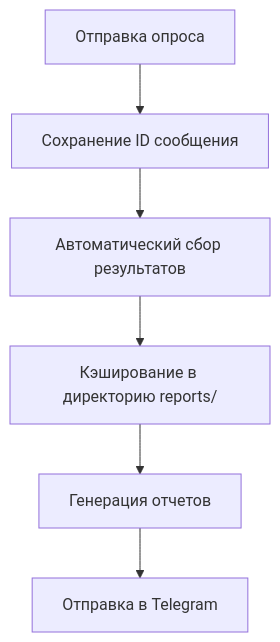
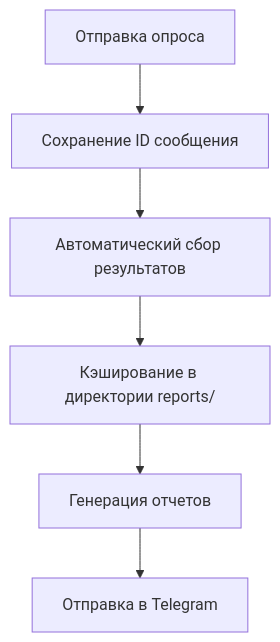
One commit to nikornyakov/test-bot changed the diagram in reports/ANALYTICS.md. Above: the diagram before and after it, drawn with Mermaid. The commit also changed other lines of this file and 2 other files, not shown here.

````diff
--- a/reports/ANALYTICS.md
+++ b/reports/ANALYTICS.md
@@ -18,8 +18,8 @@
 ```mermaid
 graph TD
     A[Отправка опроса] --> B[Сохранение ID сообщения]
     B --> C[Автоматический сбор результатов]
-    C --> D[Кэширование в директорию reports/]
+    C --> D[Кэширование в директории reports/]
     D --> E[Генерация отчетов]
     E --> F[Отправка в Telegram]
 ```
````
